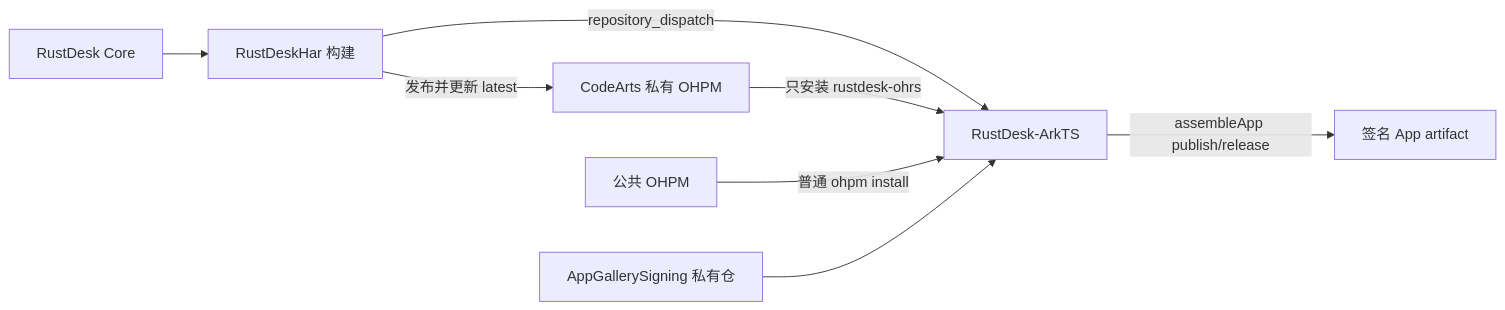
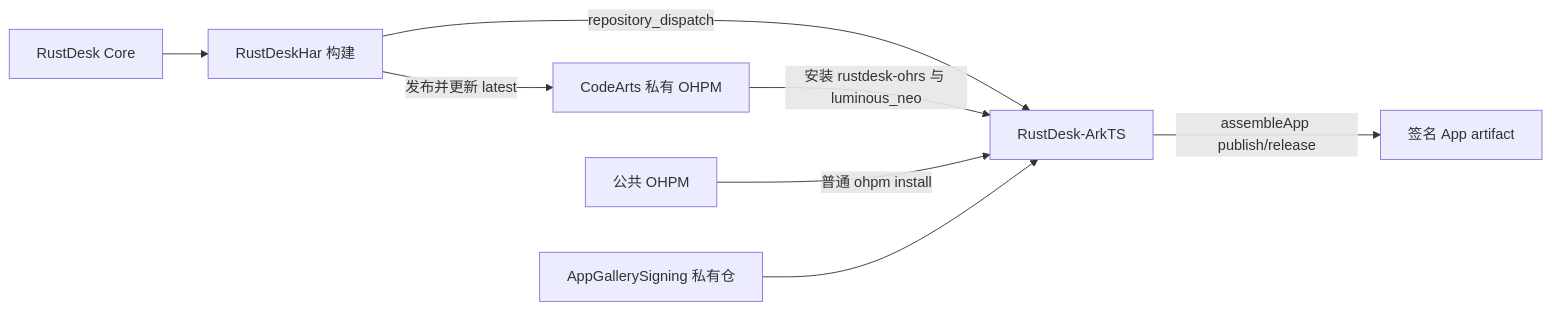
Before and after one commit to FrankHan052176/RustDesk-ArkTS: the diagram in docs/GITHUB_ACTIONS_PIPELINE.md, drawn with Mermaid. The commit also changed other lines of this file and 3 other files, not shown here.

Commit message:
fix(ci): install LuminousNeo from private OHPM

````diff
--- a/docs/GITHUB_ACTIONS_PIPELINE.md
+++ b/docs/GITHUB_ACTIONS_PIPELINE.md
@@ -5,10 +5,10 @@
 ```mermaid
 flowchart LR
   A["RustDesk Core"] --> B["RustDeskHar 构建"]
   B -->|发布并更新 latest| C["CodeArts 私有 OHPM"]
   B -->|repository_dispatch| D["RustDesk-ArkTS"]
-  C -->|只安装 rustdesk-ohrs| D
+  C -->|安装 rustdesk-ohrs 与 luminous_neo| D
   E["公共 OHPM"] -->|普通 ohpm install| D
   F["AppGallerySigning 私有仓"] --> D
   D -->|assembleApp publish/release| G["签名 App artifact"]
 ```
````
